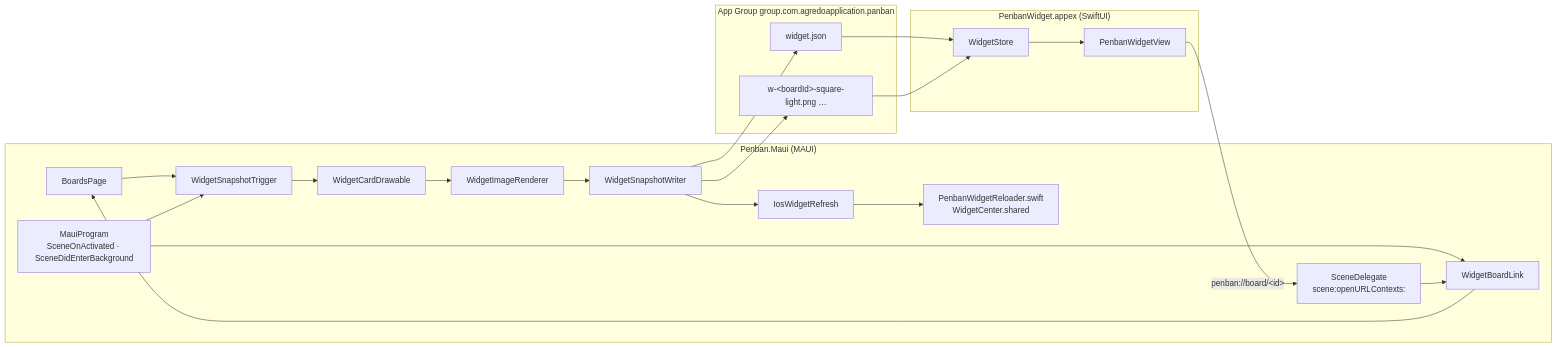
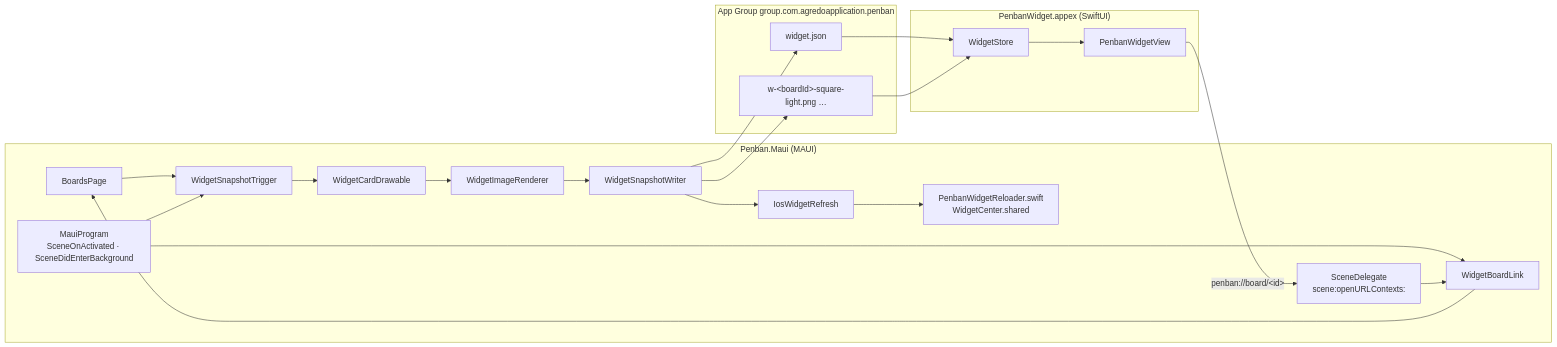
The diagram in Penban/Penban.Widget.iOS/README.md (Agredo/Penban), drawn with Mermaid before and after one commit. The commit also changed other lines of this file and 15 other files, not shown here.

First line of the commit message:
App-ID auf penban gezogen, Projektseite auf die Board-Karte, Undo-Reihenfolge

````diff
--- a/Penban/Penban.Widget.iOS/README.md
+++ b/Penban/Penban.Widget.iOS/README.md
@@ -9,30 +9,30 @@
 ```mermaid
 flowchart LR
     subgraph App["Penban.Maui (MAUI)"]
         A[BoardsPage]
         L["MauiProgram<br/>SceneOnActivated · SceneDidEnterBackground"]
         Q["SceneDelegate<br/>scene:openURLContexts:"]
         A --> B[WidgetSnapshotTrigger]
         L --> B
         L --> U[WidgetBoardLink]
         Q --> U
         U --> A
         B --> C[WidgetCardDrawable]
         C --> D[WidgetImageRenderer]
         D --> E[WidgetSnapshotWriter]
         E --> R[IosWidgetRefresh]
         R --> S["PenbanWidgetReloader.swift<br/>WidgetCenter.shared"]
     end
-    subgraph Group["App Group group.com.agredoapplication.panban"]
+    subgraph Group["App Group group.com.agredoapplication.penban"]
         F[widget.json]
         G["w-&lt;boardId&gt;-square-light.png …"]
     end
     subgraph Ext["PenbanWidget.appex (SwiftUI)"]
         H[WidgetStore] --> I[PenbanWidgetView]
     end
     E --> F
     E --> G
     F --> H
     G --> H
     I -->|"penban://board/&lt;id&gt;"| Q
 ```
````
